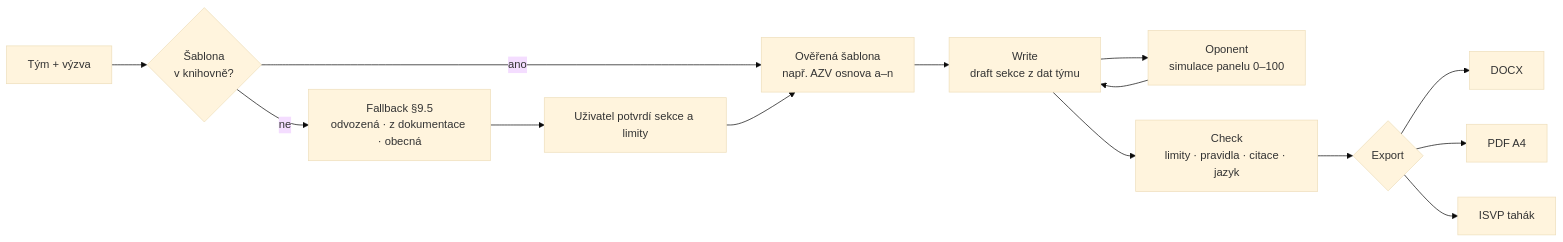
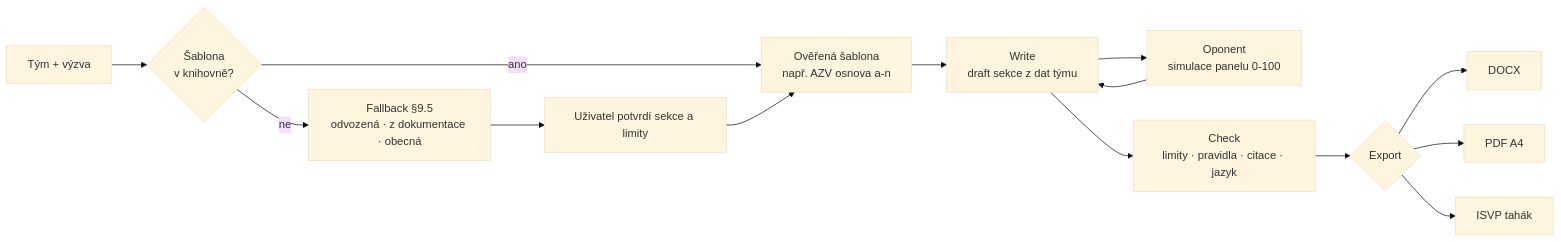
Before and after one commit to bobcermak/CHRIS-app: the fourth of 6 diagrams in CHRIS-main/CHRIS-main/ARCHITECTURE.md, drawn with Mermaid (base theme). The commit also changed other lines of this file and 283 other files, not shown here.

````diff
--- a/CHRIS-main/CHRIS-main/ARCHITECTURE.md
+++ b/CHRIS-main/CHRIS-main/ARCHITECTURE.md
@@ -216,16 +216,16 @@
 ```mermaid
 flowchart LR
     T[Tým + výzva] --> L{Šablona<br/>v knihovně?}
-    L -- ano --> S[Ověřená šablona<br/>např. AZV osnova a–n]
+    L -- ano --> S[Ověřená šablona<br/>např. AZV osnova a-n]
     L -- ne --> F[Fallback §9.5<br/>odvozená · z dokumentace · obecná]
     F --> U[Uživatel potvrdí sekce a limity]
     U --> S
     S --> W[Write<br/>draft sekce z dat týmu]
-    W --> R[Oponent<br/>simulace panelu 0–100]
+    W --> R[Oponent<br/>simulace panelu 0-100]
     R --> W
     W --> C[Check<br/>limity · pravidla · citace · jazyk]
     C --> X{Export}
     X --> D1[DOCX]
     X --> D2[PDF A4]
     X --> D3[ISVP tahák]
 ```
````
